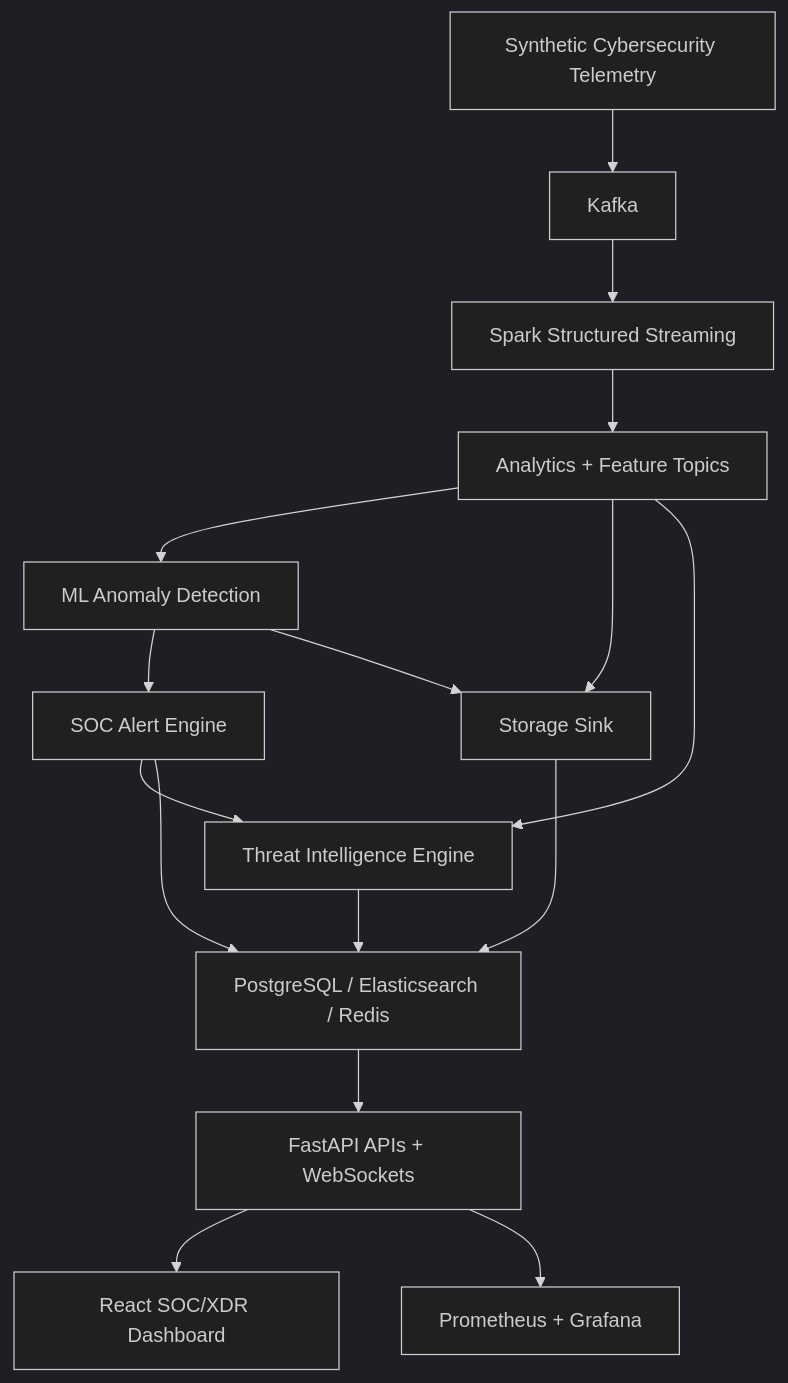
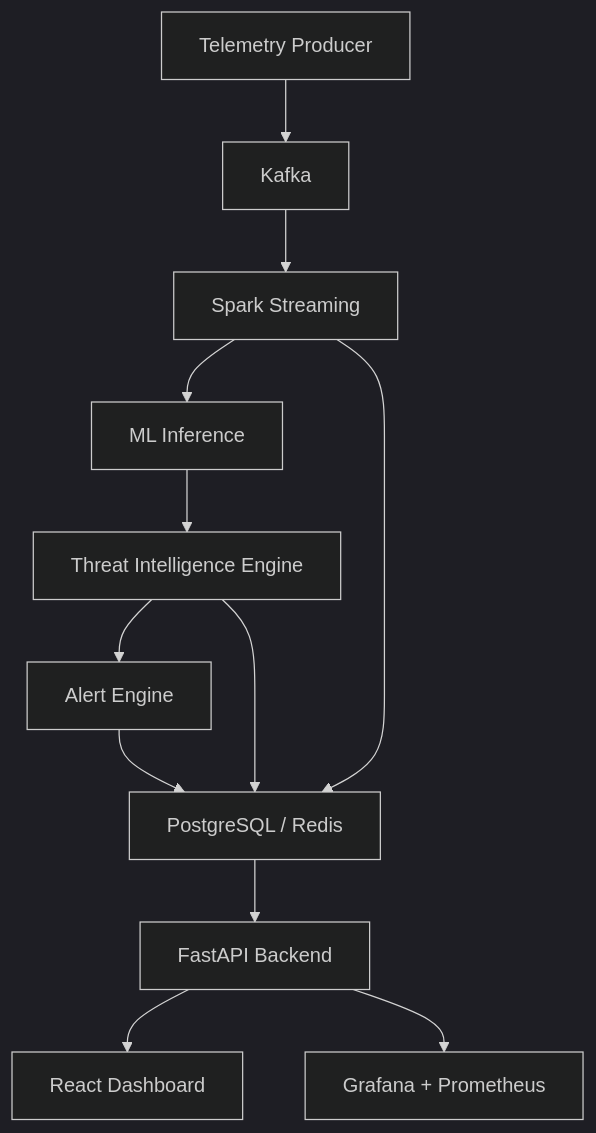
One commit to rohith1926v/Real-Time-Analytics-System changed the diagram in README.md. Above: the diagram before and after it, drawn with Mermaid (dark theme). The commit also changed other lines of this file and 1 other file, not shown here.

````diff
--- a/README.md
+++ b/README.md
@@ -9,18 +65,14 @@
 ```mermaid
 flowchart TD
-    A["Synthetic Cybersecurity Telemetry"] --> B["Kafka"]
-    B --> C["Spark Structured Streaming"]
-    C --> D["Analytics + Feature Topics"]
-    D --> E["ML Anomaly Detection"]
-    E --> F["SOC Alert Engine"]
-    D --> G["Storage Sink"]
+    A["Telemetry Producer"] --> B["Kafka"]
+    B --> C["Spark Streaming"]
+    C --> D["ML Inference"]
+    D --> E["Threat Intelligence Engine"]
+    E --> F["Alert Engine"]
+    F --> G["PostgreSQL / Redis"]
     E --> G
-    F --> H["Threat Intelligence Engine"]
-    D --> H
-    H --> I["PostgreSQL / Elasticsearch / Redis"]
-    G --> I
-    F --> I
-    I --> J["FastAPI APIs + WebSockets"]
-    J --> K["React SOC/XDR Dashboard"]
-    J --> L["Prometheus + Grafana"]
+    C --> G
+    G --> H["FastAPI Backend"]
+    H --> I["React Dashboard"]
+    H --> J["Grafana + Prometheus"]
 ```
````
